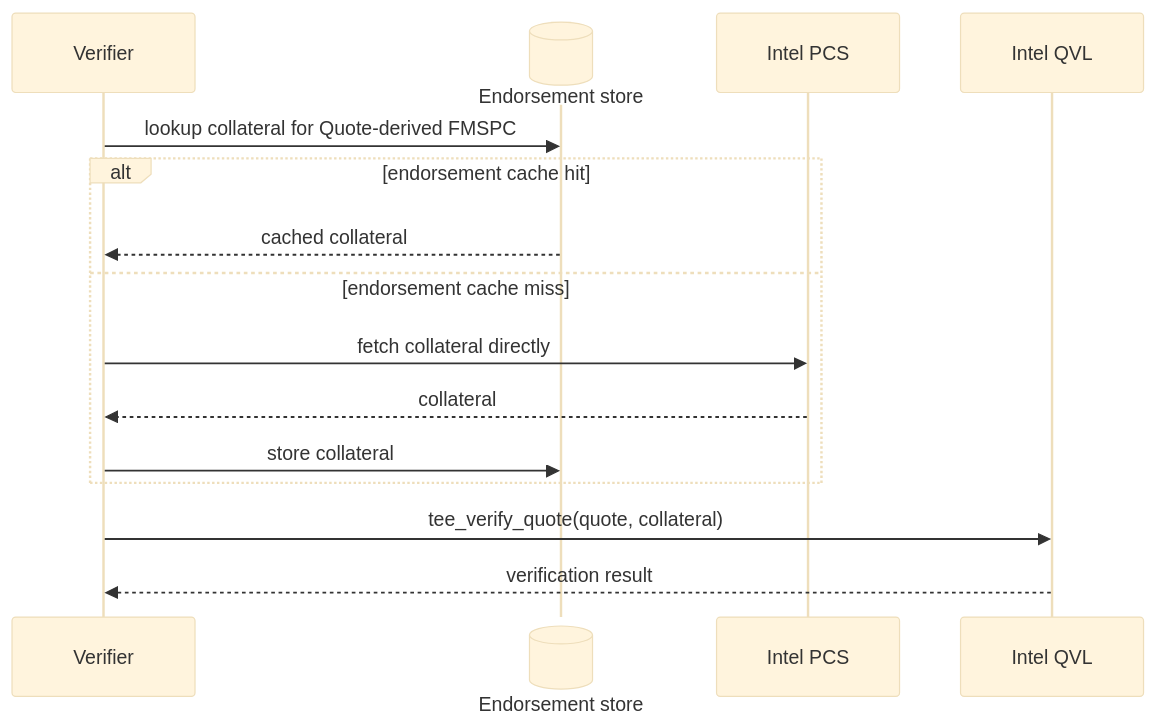
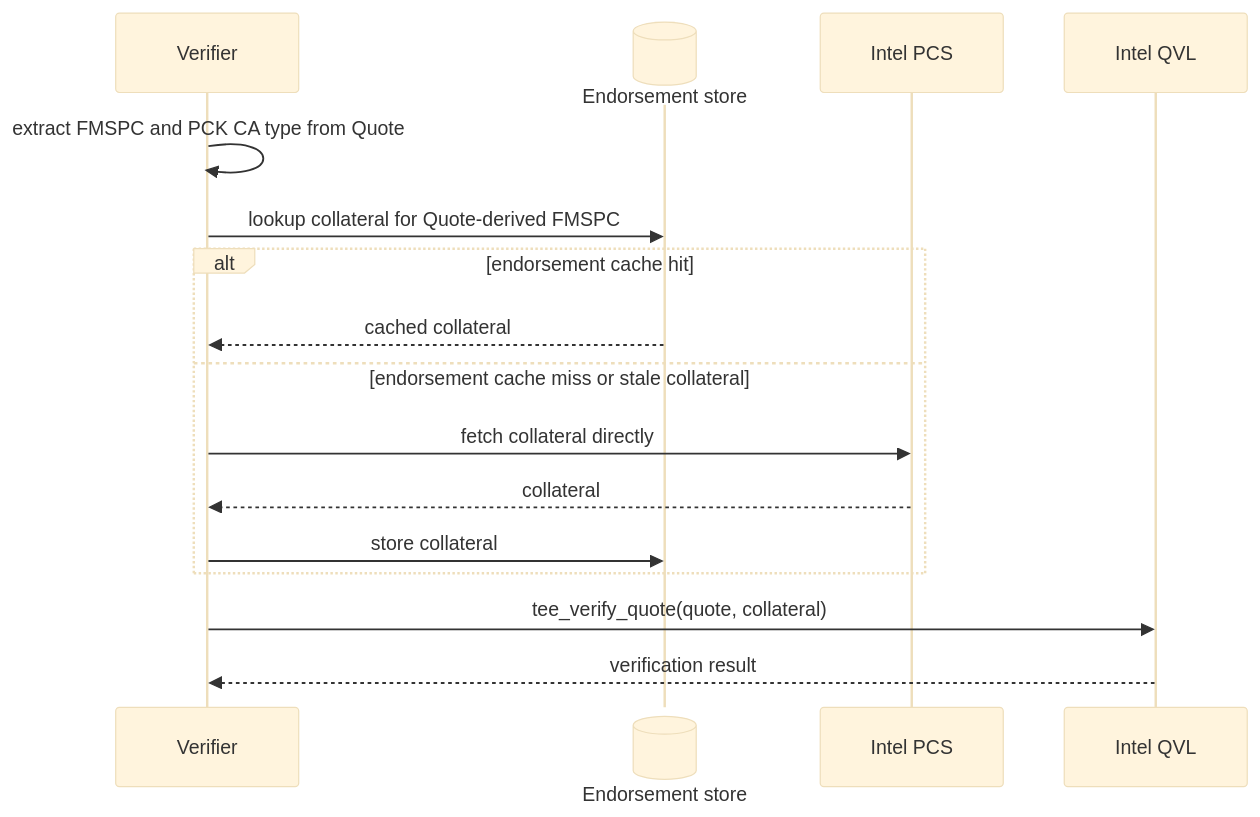
One commit to kentakayama/AttesTAM changed the first of 2 diagrams in doc/SGX_QUOTE_VERIFICATION.md. Above: the diagram before and after it, drawn with Mermaid (base theme). The commit also changed other lines of this file and 2 other files, not shown here.

Commit message:
revise: doc for SGX Quote Verification

````diff
--- a/doc/SGX_QUOTE_VERIFICATION.md
+++ b/doc/SGX_QUOTE_VERIFICATION.md
@@ -67,18 +68,19 @@
 ```mermaid
 sequenceDiagram
     participant V as Verifier
     participant E@{"type": "database"} as Endorsement store
     participant I as Intel PCS
     participant Q as Intel QVL
 
+    V->>V: extract FMSPC and PCK CA type from Quote
     V->>E: lookup collateral for Quote-derived FMSPC
     alt endorsement cache hit
         E-->>V: cached collateral
-    else endorsement cache miss
+    else endorsement cache miss or stale collateral
         V->>I: fetch collateral directly
         I-->>V: collateral
         V->>E: store collateral
     end
     V->>Q: tee_verify_quote(quote, collateral)
     Q-->>V: verification result
 ```
````
